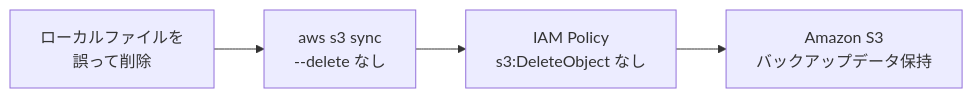
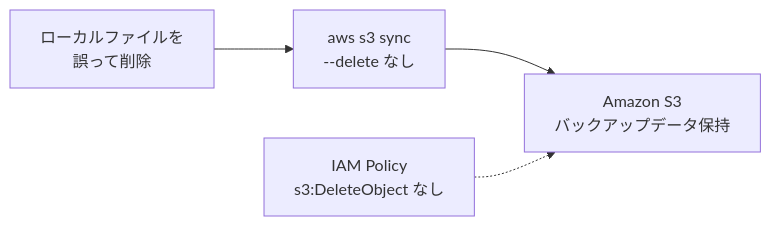
One commit to mahiro0323/s3-backup-automation changed the second of 3 diagrams in architecture/architecture.md. Above: the diagram before and after it, drawn with Mermaid. The commit also changed other lines of this file and 1 other file, not shown here.

Commit message:
Refine IAM authorization flow documentation

````diff
--- a/architecture/architecture.md
+++ b/architecture/architecture.md
@@ -68,12 +68,12 @@
 ```mermaid
 flowchart LR
 
     LOCALDELETE["ローカルファイルを<br/>誤って削除"]
     SYNC["aws s3 sync<br/>--delete なし"]
     IAM["IAM Policy<br/>s3:DeleteObject なし"]
     S3["Amazon S3<br/>バックアップデータ保持"]
 
     LOCALDELETE --> SYNC
-    SYNC --> IAM
-    IAM --> S3
+    SYNC --> S3
+    IAM -.-> S3
 ```
````
